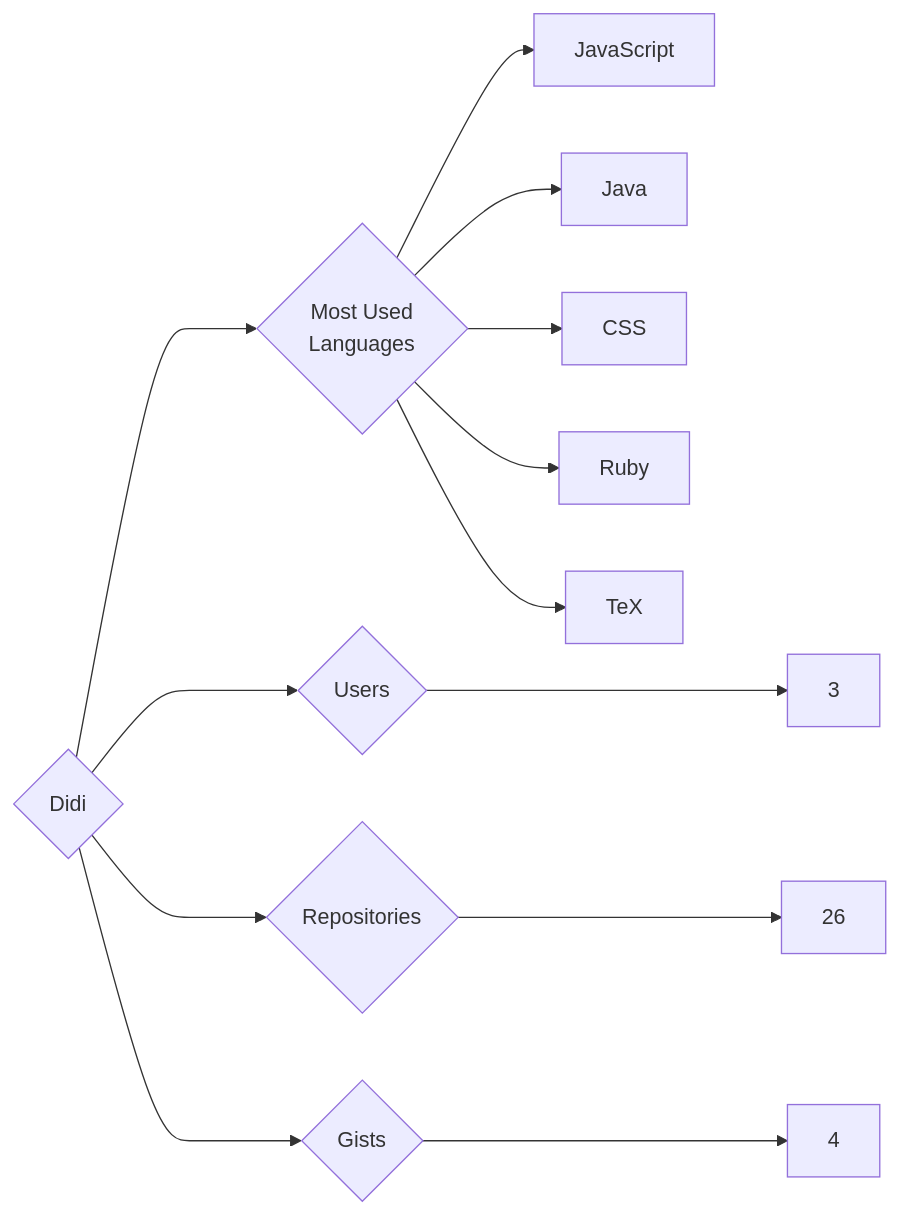
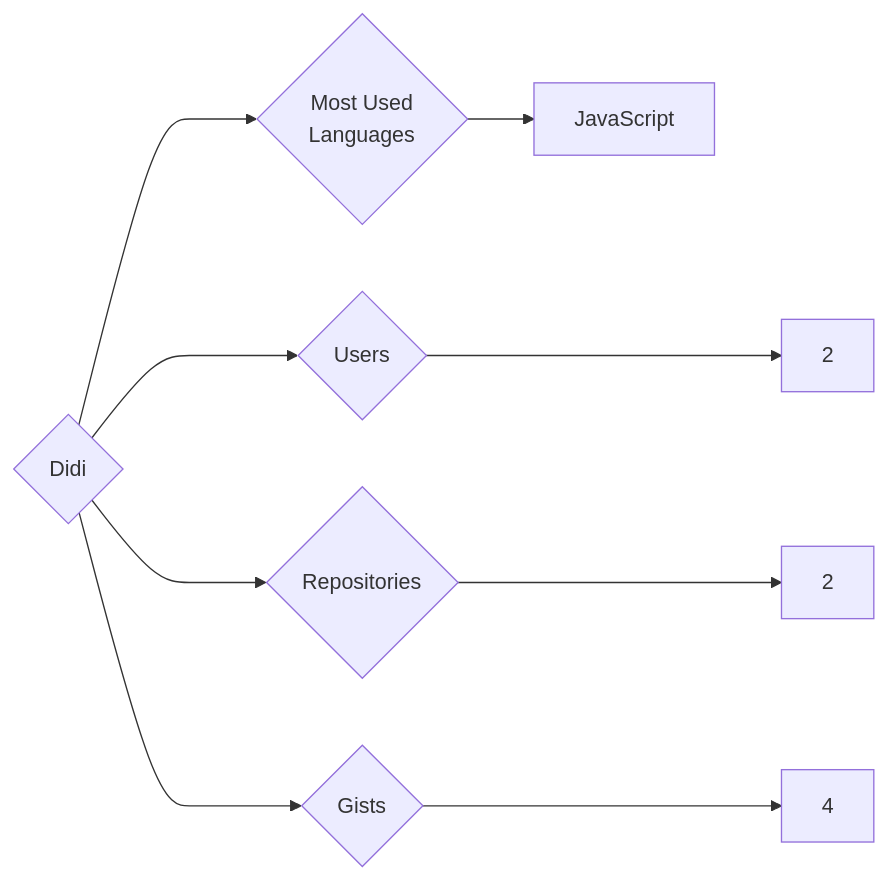
One commit to trickest/insiders changed the diagram in targets/Didi/README.md. Above: the diagram before and after it, drawn with Mermaid. The commit also changed 783 other files, not shown here.

````diff
--- a/targets/Didi/README.md
+++ b/targets/Didi/README.md
@@ -3,13 +3,9 @@
 ```mermaid
 graph LR
 COMPANY_NAME{Didi}
-COMPANY_NAME ---> U{Users} ---> UN[3]
-COMPANY_NAME ---> R{Repositories} ---> RN[26]
+COMPANY_NAME ---> U{Users} ---> UN[2]
+COMPANY_NAME ---> R{Repositories} ---> RN[2]
 COMPANY_NAME ---> G{Gists} ---> GN[4]
 COMPANY_NAME ---> ML{Most Used<br>Languages}
 ML --> JavaScript[JavaScript]
-ML --> Java[Java]
-ML --> CSS[CSS]
-ML --> Ruby[Ruby]
-ML --> TeX[TeX]
 ```
````
